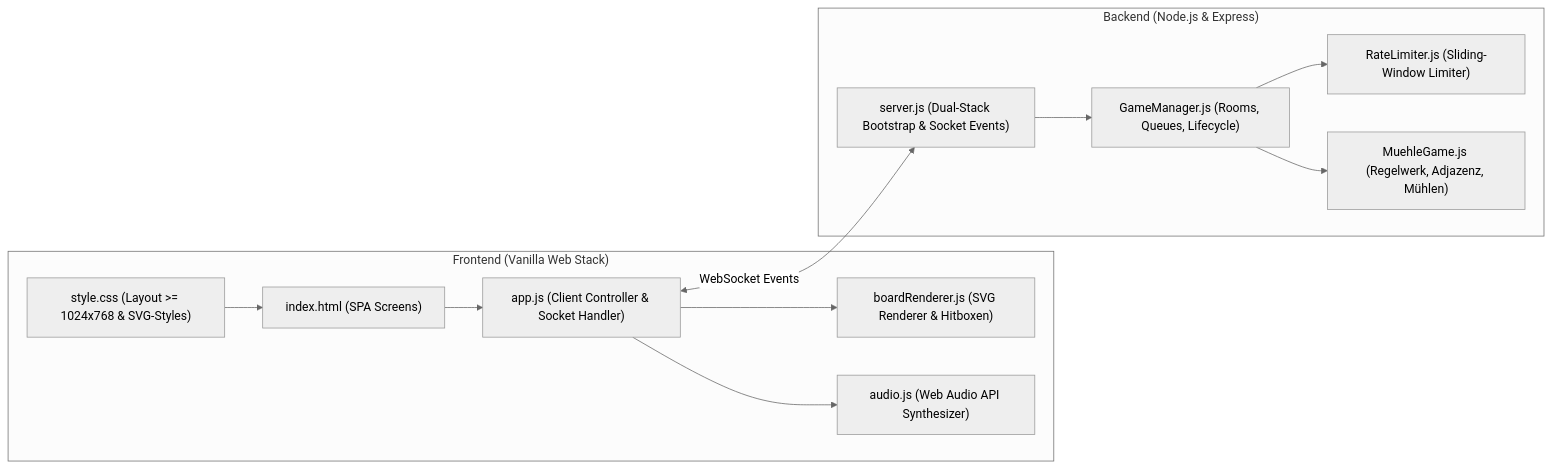
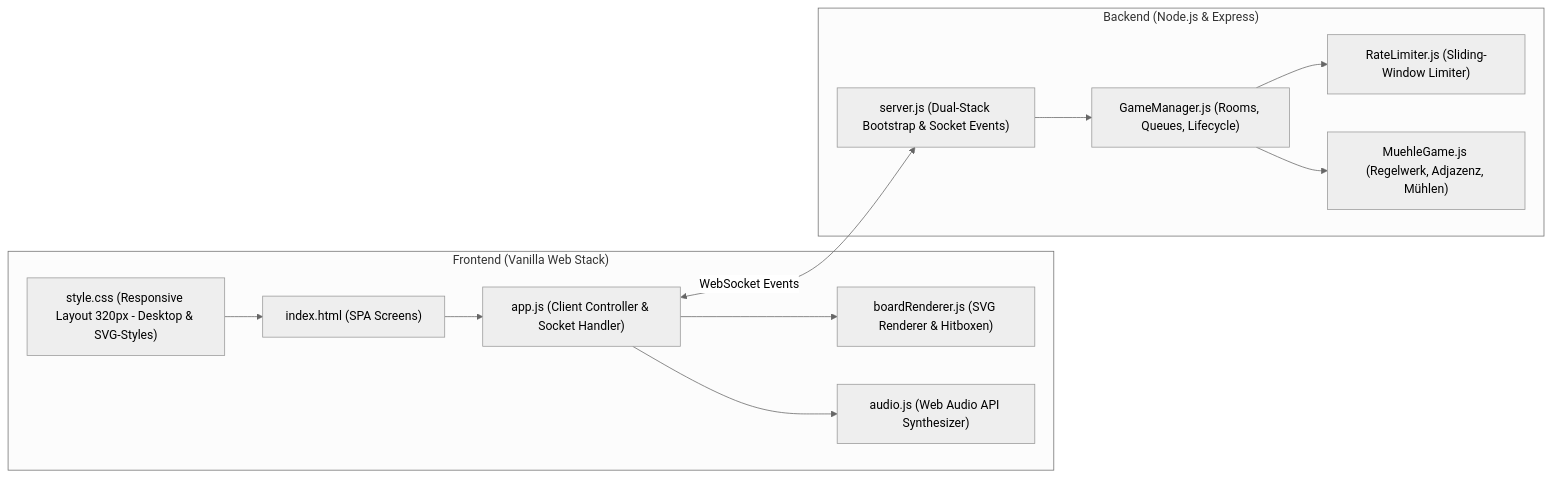
Before and after one commit to sventurbo/MuehleJS: the second of 9 diagrams in Systemmodel.md, drawn with Mermaid (neutral theme). The commit also changed 7 other files, not shown here.

````diff
--- a/Systemmodel.md
+++ b/Systemmodel.md
@@ -69,26 +69,26 @@
 ```mermaid
 graph LR
     subgraph Frontend["Frontend (Vanilla Web Stack)"]
         HTML["index.html (SPA Screens)"]
-        CSS["style.css (Layout >= 1024x768 & SVG-Styles)"]
+        CSS["style.css (Responsive Layout 320px - Desktop & SVG-Styles)"]
         APP["app.js (Client Controller & Socket Handler)"]
         BR["boardRenderer.js (SVG Renderer & Hitboxen)"]
         AU["audio.js (Web Audio API Synthesizer)"]
     end
 
     subgraph Backend["Backend (Node.js & Express)"]
         SRV["server.js (Dual-Stack Bootstrap & Socket Events)"]
         MGR["GameManager.js (Rooms, Queues, Lifecycle)"]
         RTL["RateLimiter.js (Sliding-Window Limiter)"]
         MHL["MuehleGame.js (Regelwerk, Adjazenz, Mühlen)"]
     end
 
     HTML --> APP
     CSS --> HTML
     APP --> BR
     APP --> AU
     APP <-->|WebSocket Events| SRV
     SRV --> MGR
     MGR --> RTL
     MGR --> MHL
 ```
````
